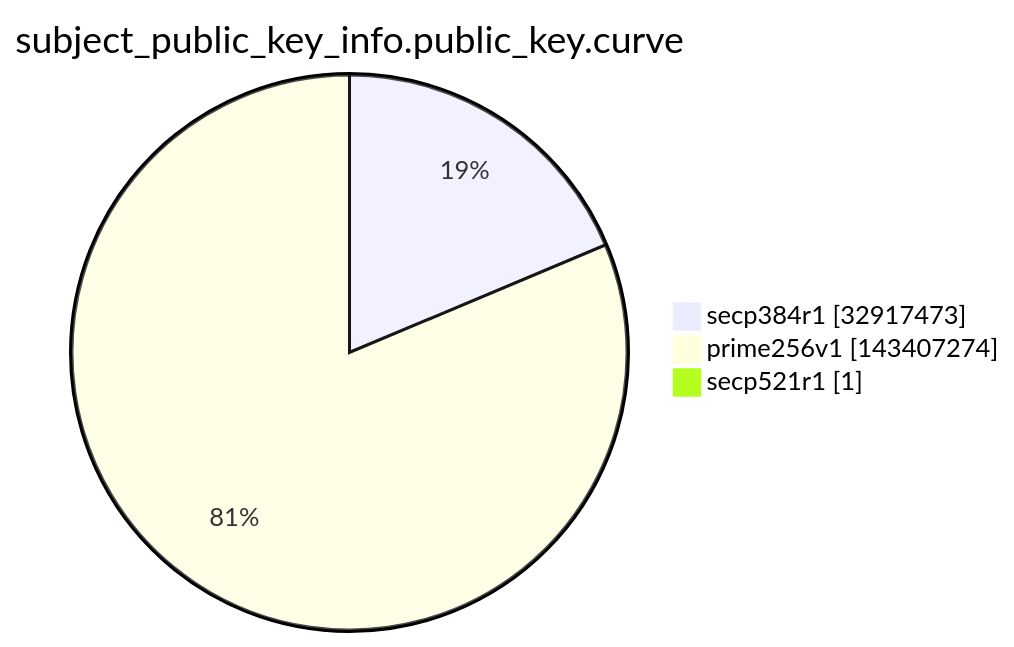
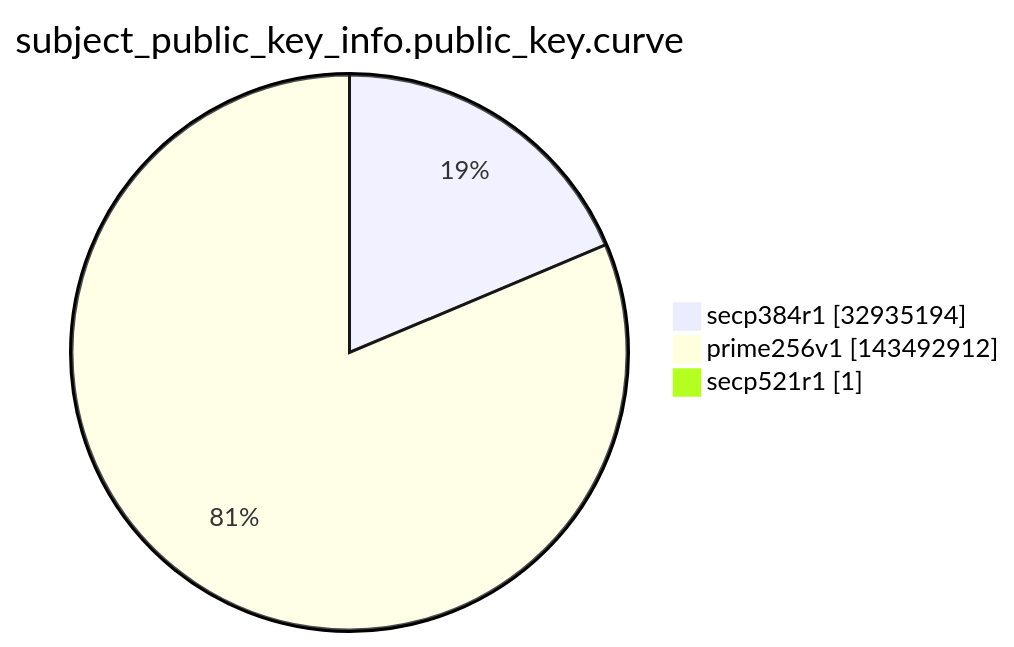
Before and after one commit to christiankrug/ctmonitor_visualization: the ninth of 15 diagrams in argon2022/README.md, drawn with Mermaid. The commit also changed other lines of this file, not shown here.

````diff
--- a/argon2022/README.md
+++ b/argon2022/README.md
@@ -2764,7 +2764,7 @@
 ```mermaid
 pie showData
 title subject_public_key_info.public_key.curve
-"secp384r1" :32917473
-"prime256v1" :143407274
+"secp384r1" :32935194
+"prime256v1" :143492912
 "secp521r1" :1
 ```
````
